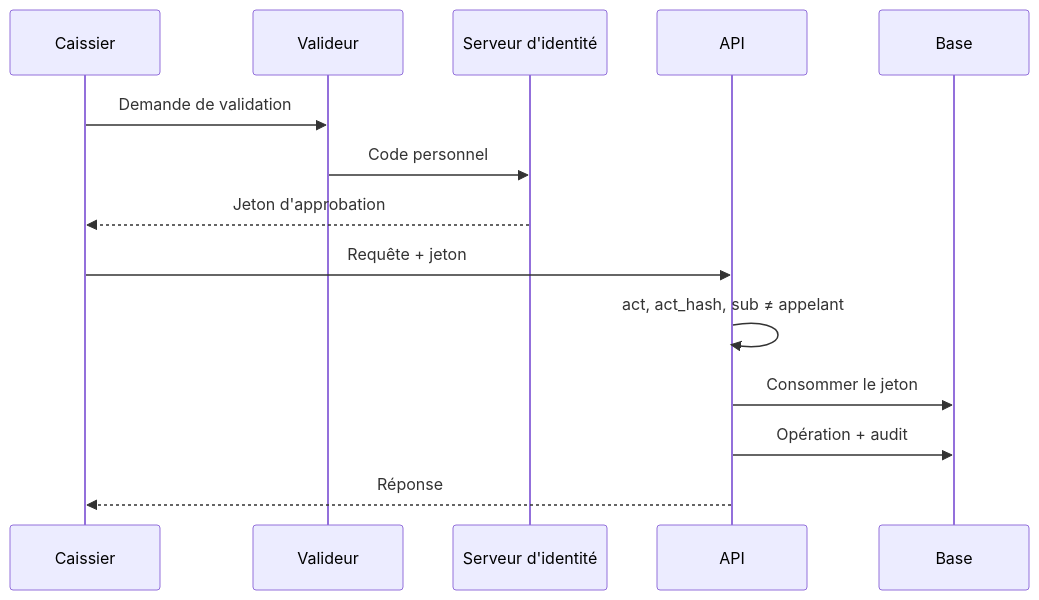
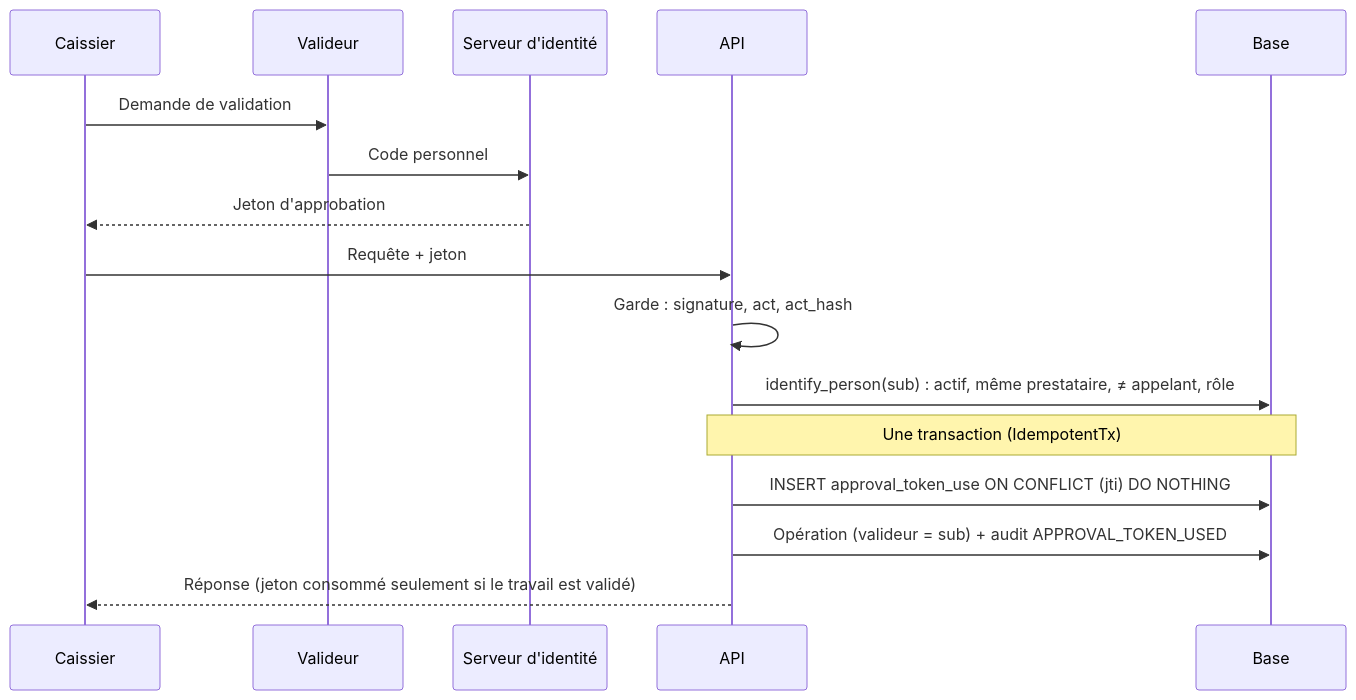
Before and after one commit to atrona8/cashless-platform: the second of 2 diagrams in kitty-specs/identite-roles-double-validation-01M4DNDN/docs/sequence.md, drawn with Mermaid. The commit also changed other lines of this file and 10 other files, not shown here.

````diff
--- a/kitty-specs/identite-roles-double-validation-01M4DNDN/docs/sequence.md
+++ b/kitty-specs/identite-roles-double-validation-01M4DNDN/docs/sequence.md
@@ -29,17 +29,19 @@
 ```mermaid
 sequenceDiagram
     participant C as Caissier
     participant V as Valideur
     participant IdP as Serveur d'identité
     participant API
     participant DB as Base
 
     C->>V: Demande de validation
     V->>IdP: Code personnel
     IdP-->>C: Jeton d'approbation
     C->>API: Requête + jeton
-    API->>API: act, act_hash, sub ≠ appelant
-    API->>DB: Consommer le jeton
-    API->>DB: Opération + audit
-    API-->>C: Réponse
+    API->>API: Garde : signature, act, act_hash
+    API->>DB: identify_person(sub) : actif, même prestataire, ≠ appelant, rôle
+    Note over API,DB: Une transaction (IdempotentTx)
+    API->>DB: INSERT approval_token_use ON CONFLICT (jti) DO NOTHING
+    API->>DB: Opération (valideur = sub) + audit APPROVAL_TOKEN_USED
+    API-->>C: Réponse (jeton consommé seulement si le travail est validé)
 ```
````
